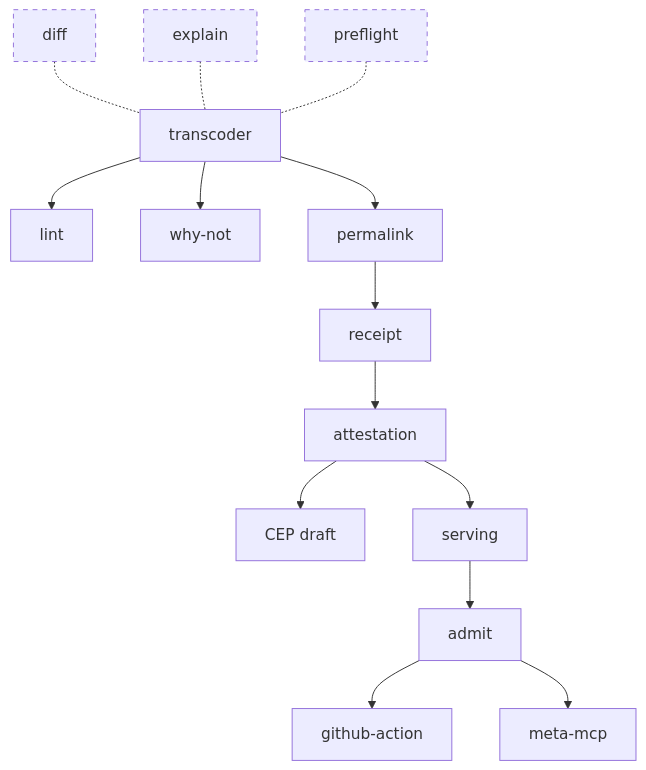
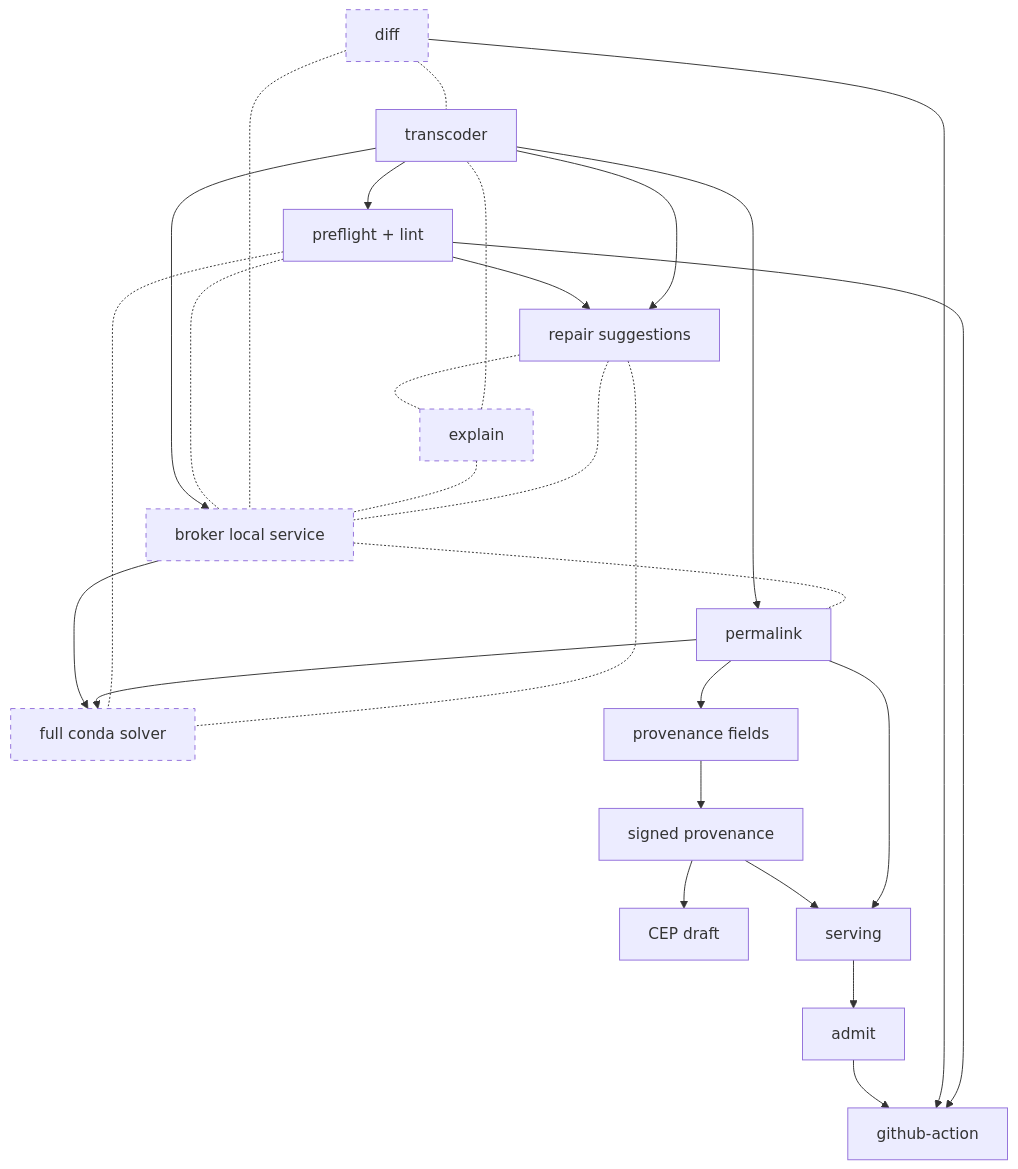
One commit to jezdez/conda-presto changed the diagram in docs/proposals/index.md. Above: the diagram before and after it, drawn with Mermaid. The commit also changed other lines of this file and 14 other files, not shown here.

````diff
--- a/docs/proposals/index.md
+++ b/docs/proposals/index.md
@@ -64,21 +65,35 @@
 ```{mermaid}
 graph TD
-    T[transcoder] --> L[lint]
-    T --> W[why-not]
+    T[transcoder] --> PF[preflight + lint]
+    PF --> RPR[repair suggestions]
+    T --> RPR
+    T --> B[broker local service]
     T --> P[permalink]
-    P --> R[receipt]
-    R --> A[attestation]
+    B --> FS[full conda solver]
+    P --> FS
+    P --> PV[provenance fields]
+    PV --> A[signed provenance]
     A --> CEP[CEP draft]
     A --> S[serving]
+    P --> S
     S --> AD[admit]
     AD --> GH[github-action]
-    AD --> MCP[meta-mcp]
 
     D[diff] -.- T
     E[explain] -.- T
-    PF[preflight] -.- T
+    RPR -.- E
+    PF -.- B
+    D -.- B
+    E -.- B
+    RPR -.- B
+    B -.- P
+    PF -.- FS
+    RPR -.- FS
+    D --> GH
+    PF --> GH
 
     style D stroke-dasharray: 5 5
     style E stroke-dasharray: 5 5
-    style PF stroke-dasharray: 5 5
+    style B stroke-dasharray: 5 5
+    style FS stroke-dasharray: 5 5
 ```
````
